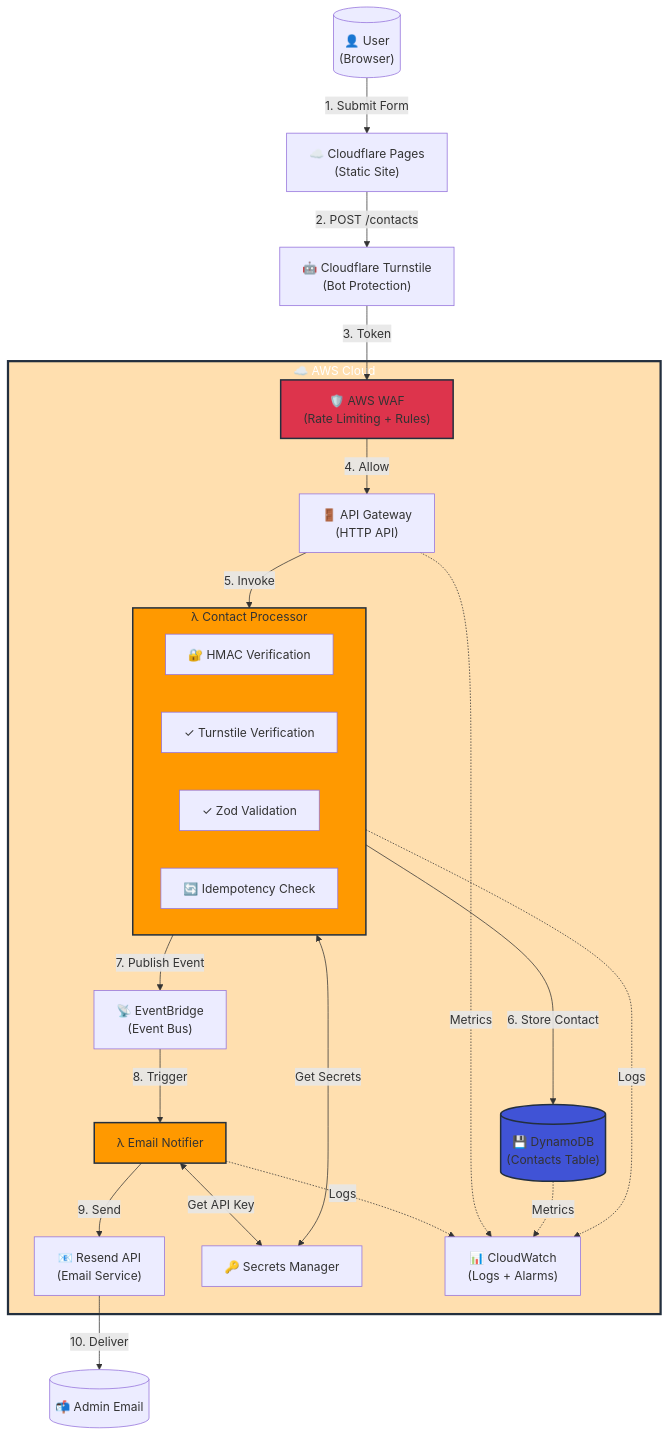
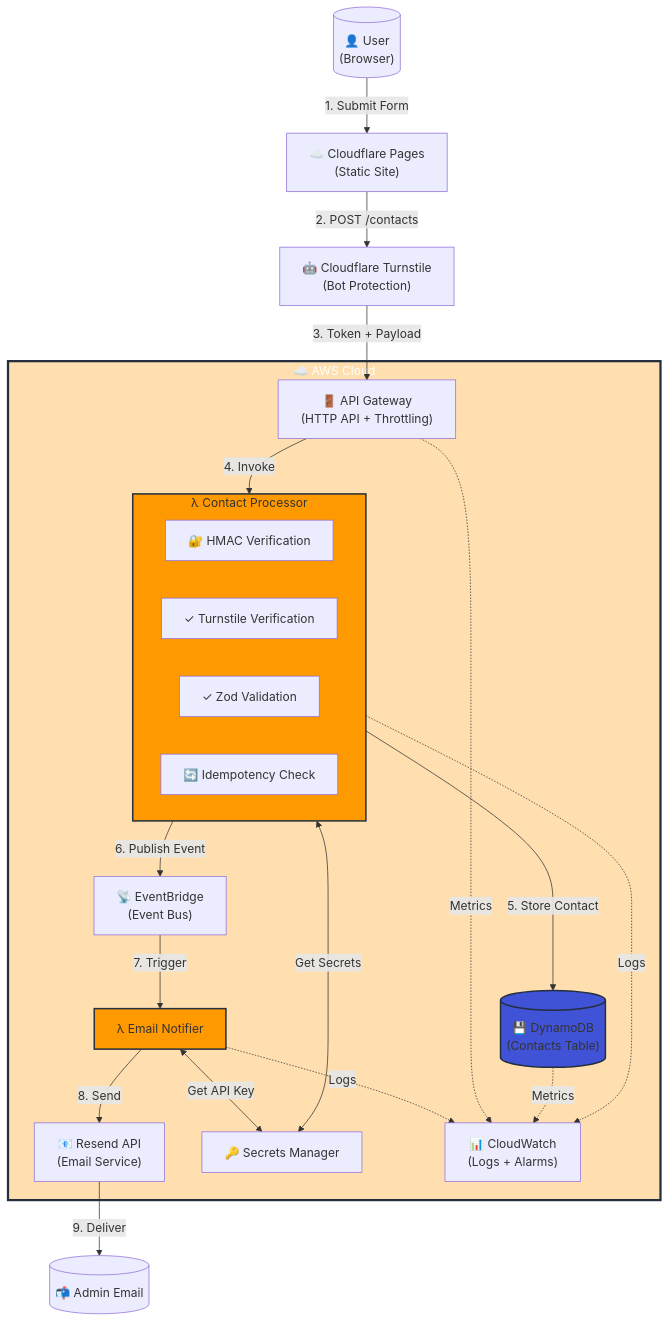
One commit to DaltonBuilds/portfolio-dalton-ousley changed the first of 2 diagrams in content/blog/aws-form-capture.mdx. Above: the diagram before and after it, drawn with Mermaid. The commit also changed other lines of this file, not shown here.

Commit message:
Enhance AWS form capture blog post: Update content for clarity and detail, including a new GitHub link for full source code, and refine descriptions of AWS services and architecture. Adjust formatting for consistency and improve readability throughout the post.

````diff
--- a/content/blog/aws-form-capture.mdx
+++ b/content/blog/aws-form-capture.mdx
@@ -46,56 +47,53 @@
 ```mermaid
 flowchart TB
     User[("👤 User<br/>(Browser)")]
     CF["☁️ Cloudflare Pages<br/>(Static Site)"]
     Turnstile["🤖 Cloudflare Turnstile<br/>(Bot Protection)"]
 
     subgraph AWS["☁️ AWS Cloud"]
-        WAF["🛡️ AWS WAF<br/>(Rate Limiting + Rules)"]
-        APIGW["🚪 API Gateway<br/>(HTTP API)"]
+        APIGW["🚪 API Gateway<br/>(HTTP API + Throttling)"]
 
         subgraph Lambda1["λ Contact Processor"]
             HMAC["🔐 HMAC Verification"]
             TurnstileVerify["✓ Turnstile Verification"]
             Validation["✓ Zod Validation"]
             Idempotency["🔄 Idempotency Check"]
         end
 
         DDB[("💾 DynamoDB<br/>(Contacts Table)")]
         EB["📡 EventBridge<br/>(Event Bus)"]
 
         Lambda2["λ Email Notifier"]
         Resend["📧 Resend API<br/>(Email Service)"]
 
         Secrets["🔑 Secrets Manager"]
         CW["📊 CloudWatch<br/>(Logs + Alarms)"]
     end
 
     Email[("📬 Admin Email")]
 
     User -->|1. Submit Form| CF
     CF -->|2. POST /contacts| Turnstile
-    Turnstile -->|3. Token| WAF
-    WAF -->|4. Allow| APIGW
-    APIGW -->|5. Invoke| Lambda1
+    Turnstile -->|3. Token + Payload| APIGW
+    APIGW -->|4. Invoke| Lambda1
 
     Lambda1 <-->|Get Secrets| Secrets
-    Lambda1 -->|6. Store Contact| DDB
-    Lambda1 -->|7. Publish Event| EB
+    Lambda1 -->|5. Store Contact| DDB
+    Lambda1 -->|6. Publish Event| EB
 
-    EB -->|8. Trigger| Lambda2
+    EB -->|7. Trigger| Lambda2
     Lambda2 <-->|Get API Key| Secrets
-    Lambda2 -->|9. Send| Resend
-    Resend -->|10. Deliver| Email
+    Lambda2 -->|8. Send| Resend
+    Resend -->|9. Deliver| Email
 
     Lambda1 -.->|Logs| CW
     Lambda2 -.->|Logs| CW
     APIGW -.->|Metrics| CW
     DDB -.->|Metrics| CW
 
     style AWS fill:#FF990050,stroke:#232F3E,stroke-width:3px,color:#fff
     style Lambda1 fill:#FF9900,stroke:#232F3E,stroke-width:2px
     style Lambda2 fill:#FF9900,stroke:#232F3E,stroke-width:2px
     style DDB fill:#4053D6,stroke:#232F3E,stroke-width:2px
-    style WAF fill:#DD344C,stroke:#232F3E,stroke-width:2px
 
 ```
````
